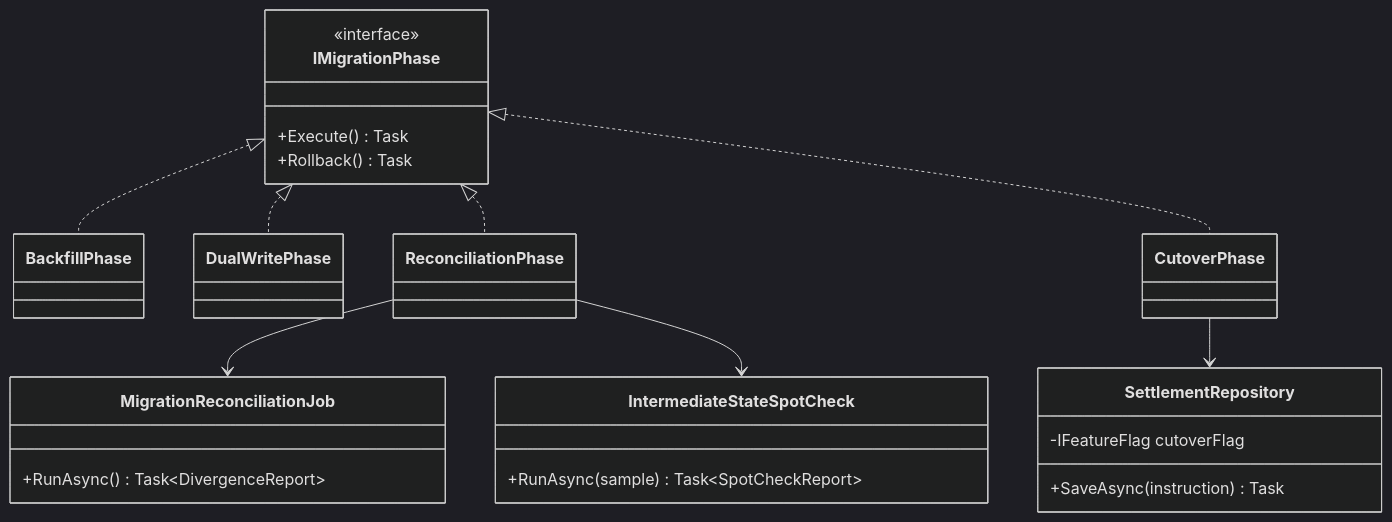
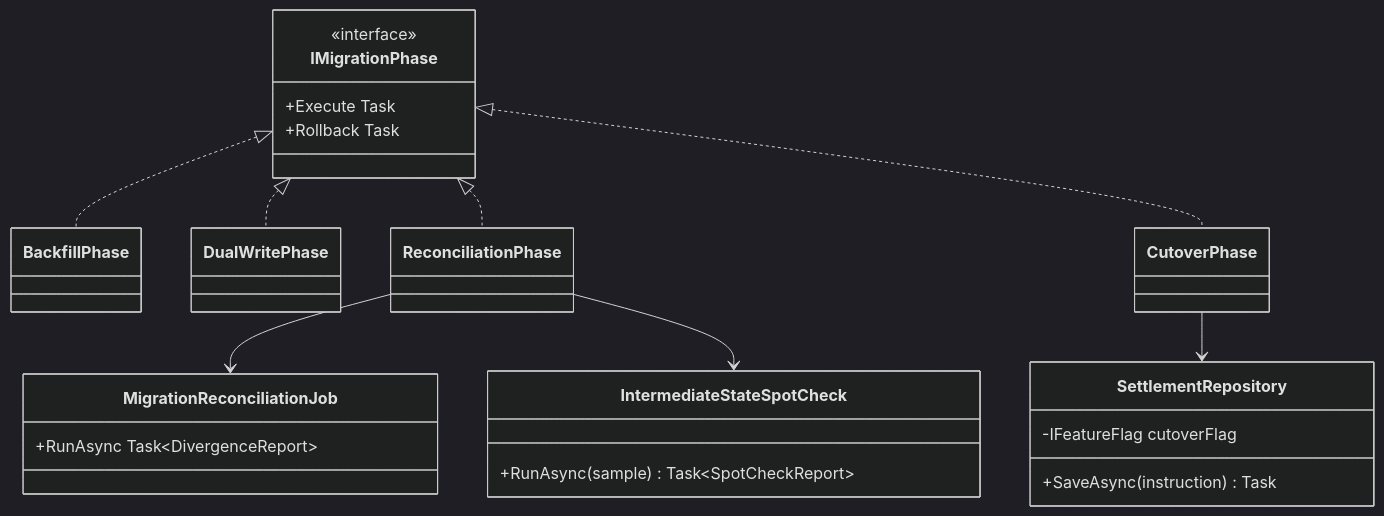
One commit to umashankarp/InterviewQuestions changed the third of 3 diagrams in 35-Event-Sourcing/02-Capstone-MigratingARegulatedAggregateToEventSourcingAtScale.md. Above: the diagram before and after it, drawn with Mermaid (dark theme). The commit also changed other lines of this file and 173 other files, not shown here.

````diff
--- a/35-Event-Sourcing/02-Capstone-MigratingARegulatedAggregateToEventSourcingAtScale.md
+++ b/35-Event-Sourcing/02-Capstone-MigratingARegulatedAggregateToEventSourcingAtScale.md
@@ -515,30 +515,30 @@
 ```mermaid
 classDiagram
-    class IMigrationPhase {
-        <<interface>>
-        +Execute() Task
-        +Rollback() Task
-    }
-    class BackfillPhase
-    class DualWritePhase
-    class ReconciliationPhase
-    class CutoverPhase
-    class SettlementRepository {
-        -IFeatureFlag cutoverFlag
-        +SaveAsync(instruction) Task
-    }
-    class MigrationReconciliationJob {
-        +RunAsync() Task~DivergenceReport~
-    }
-    class IntermediateStateSpotCheck {
-        +RunAsync(sample) Task~SpotCheckReport~
-    }
+ class IMigrationPhase {
+ <<interface>>
+ +Execute Task
+ +Rollback Task
+ }
+ class BackfillPhase
+ class DualWritePhase
+ class ReconciliationPhase
+ class CutoverPhase
+ class SettlementRepository {
+ -IFeatureFlag cutoverFlag
+ +SaveAsync(instruction) Task
+ }
+ class MigrationReconciliationJob {
+ +RunAsync Task~DivergenceReport~
+ }
+ class IntermediateStateSpotCheck {
+ +RunAsync(sample) Task~SpotCheckReport~
+ }
 
-    IMigrationPhase <|.. BackfillPhase
-    IMigrationPhase <|.. DualWritePhase
-    IMigrationPhase <|.. ReconciliationPhase
-    IMigrationPhase <|.. CutoverPhase
-    ReconciliationPhase --> MigrationReconciliationJob
-    ReconciliationPhase --> IntermediateStateSpotCheck
-    CutoverPhase --> SettlementRepository
+ IMigrationPhase <|.. BackfillPhase
+ IMigrationPhase <|.. DualWritePhase
+ IMigrationPhase <|.. ReconciliationPhase
+ IMigrationPhase <|.. CutoverPhase
+ ReconciliationPhase --> MigrationReconciliationJob
+ ReconciliationPhase --> IntermediateStateSpotCheck
+ CutoverPhase --> SettlementRepository
 ```
````
